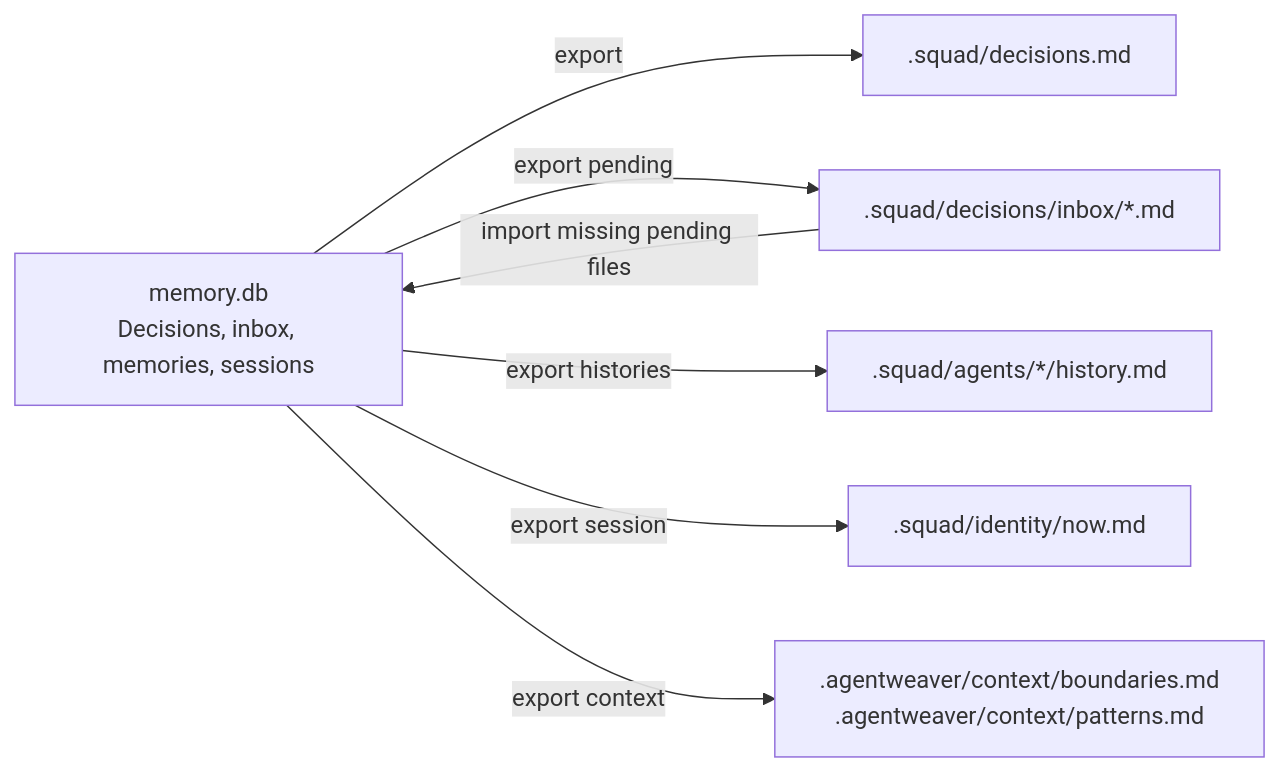
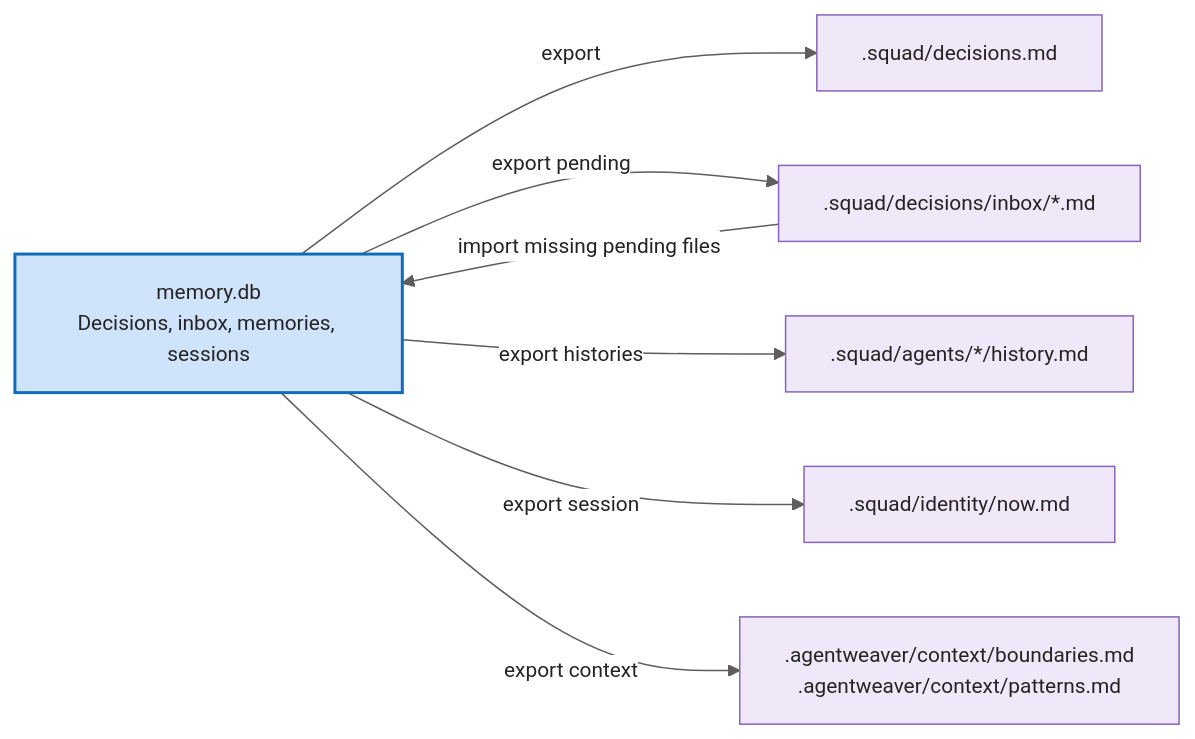
The sixth of 6 diagrams in docs/deep-dive/memory-decisions.md (sabbour/agentweaver), drawn with Mermaid before and after one commit. The commit also changed other lines of this file and 13 other files, not shown here.

````diff
--- a/docs/deep-dive/memory-decisions.md
+++ b/docs/deep-dive/memory-decisions.md
@@ -252,9 +316,21 @@
 ```mermaid
+%%{init: {'theme':'base','themeVariables':{'fontFamily':'Segoe UI, system-ui, -apple-system, sans-serif','fontSize':'14px','primaryColor':'#E8EEF9','primaryBorderColor':'#0F6CBD','primaryTextColor':'#242424','lineColor':'#605E5C','clusterBkg':'#FAF9F8','clusterBorder':'#D2D0CE','edgeLabelBackground':'#FFFFFF'}}}%%
 flowchart LR
     A[memory.db\nDecisions, inbox, memories, sessions] -->|export| B[.squad/decisions.md]
     A -->|export pending| C[.squad/decisions/inbox/*.md]
     A -->|export histories| D[.squad/agents/*/history.md]
     A -->|export session| E[.squad/identity/now.md]
     A -->|export context| F[.agentweaver/context/boundaries.md\n.agentweaver/context/patterns.md]
     C -->|import missing pending files| A
+
+    classDef client fill:#E8EEF9,stroke:#0F6CBD,stroke-width:1px,color:#242424;
+    classDef svc fill:#F3F2F1,stroke:#8A8886,stroke-width:1px,color:#242424;
+    classDef core fill:#CFE4FA,stroke:#0F6CBD,stroke-width:2px,color:#242424;
+    classDef data fill:#FFF4CE,stroke:#C19C00,stroke-width:1px,color:#242424;
+    classDef ext fill:#F0E8F8,stroke:#8764B8,stroke-width:1px,color:#242424;
+    classDef runtime fill:#DDF3DD,stroke:#107C10,stroke-width:1px,color:#242424;
+    classDef evt fill:#D6F0F0,stroke:#038387,stroke-width:1px,color:#242424;
+
+    class A core;
+    class B,C,D,E,F ext;
 ```
````
